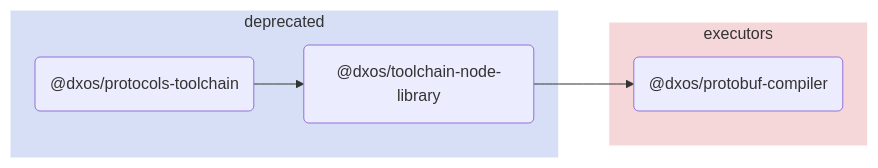
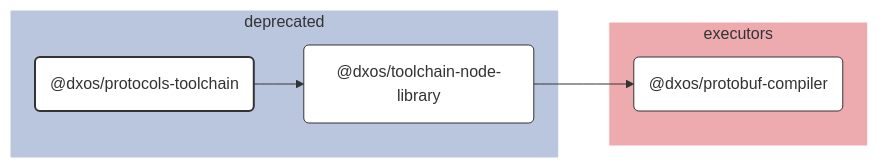
The diagram in tools/deprecated/protocols-toolchain/docs/README.md (dxos/dxos), drawn with Mermaid before and after one commit. The commit also changed other lines of this file and 109 other files, not shown here.

````diff
--- a/tools/deprecated/protocols-toolchain/docs/README.md
+++ b/tools/deprecated/protocols-toolchain/docs/README.md
@@ -5,17 +7,38 @@
 ```mermaid
-flowchart LR;
+%%{ init: {'flowchart':{'curve':'basis'}} }%%
 
+flowchart LR
+
+%% Links
+dxos/protocols-toolchain --> dxos/toolchain-node-library;
+dxos/toolchain-node-library --> dxos/protobuf-compiler;
+
+%% Sections
 subgraph deprecated
-  style deprecated fill:#d6dff5,stroke:#fff;
-  dxos/protocols-toolchain("@dxos/protocols-toolchain");
-  dxos/toolchain-node-library("@dxos/toolchain-node-library");
+  style deprecated fill:#bac5de,stroke:#fff;
+
+  dxos/protocols-toolchain("@dxos/protocols-toolchain")
+  dxos/toolchain-node-library("@dxos/toolchain-node-library")
 end
 
 subgraph executors
-  style executors fill:#f5d6d9,stroke:#fff;
-  dxos/protobuf-compiler("@dxos/protobuf-compiler");
+  style executors fill:#edabb0,stroke:#fff;
+
+  dxos/protobuf-compiler("@dxos/protobuf-compiler")
 end
 
-dxos/protocols-toolchain --> dxos/toolchain-node-library;
-dxos/toolchain-node-library --> dxos/protobuf-compiler;
+
+%% Hyperlinks
+click dxos/protobuf-compiler href "https:/github.com/dxos/dxos/tree/main/tools/executors/protobuf-compiler/docs";
+click dxos/toolchain-node-library href "https:/github.com/dxos/dxos/tree/main/tools/deprecated/toolchain-node-library/docs";
+
+%% Styles
+classDef rootNode fill:#fff,stroke:#333,stroke-width:2px
+classDef defaultNode fill:#fff,stroke:#333,stroke-width:1px
+linkStyle default stroke:#333,stroke-width:1px
+
+dxos/protocols-toolchain:::rootNode
+
+dxos/protobuf-compiler:::defaultNode
+dxos/toolchain-node-library:::defaultNode
 ```
````
